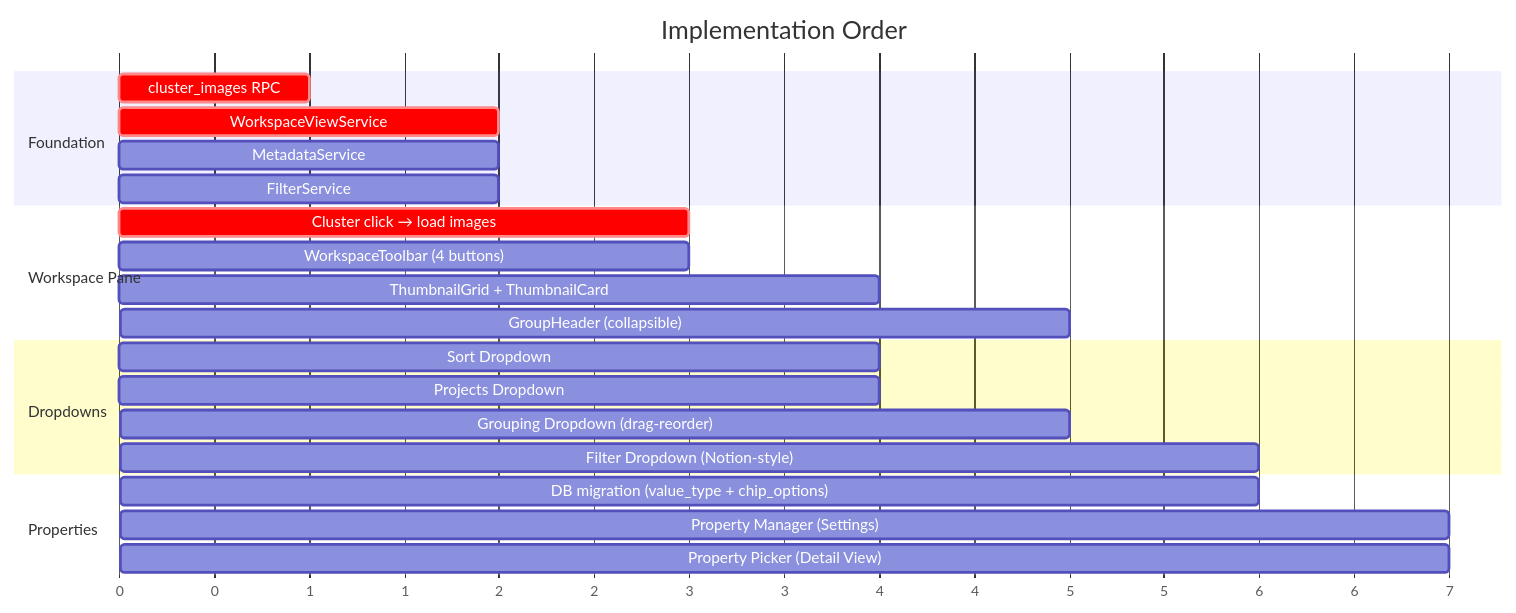
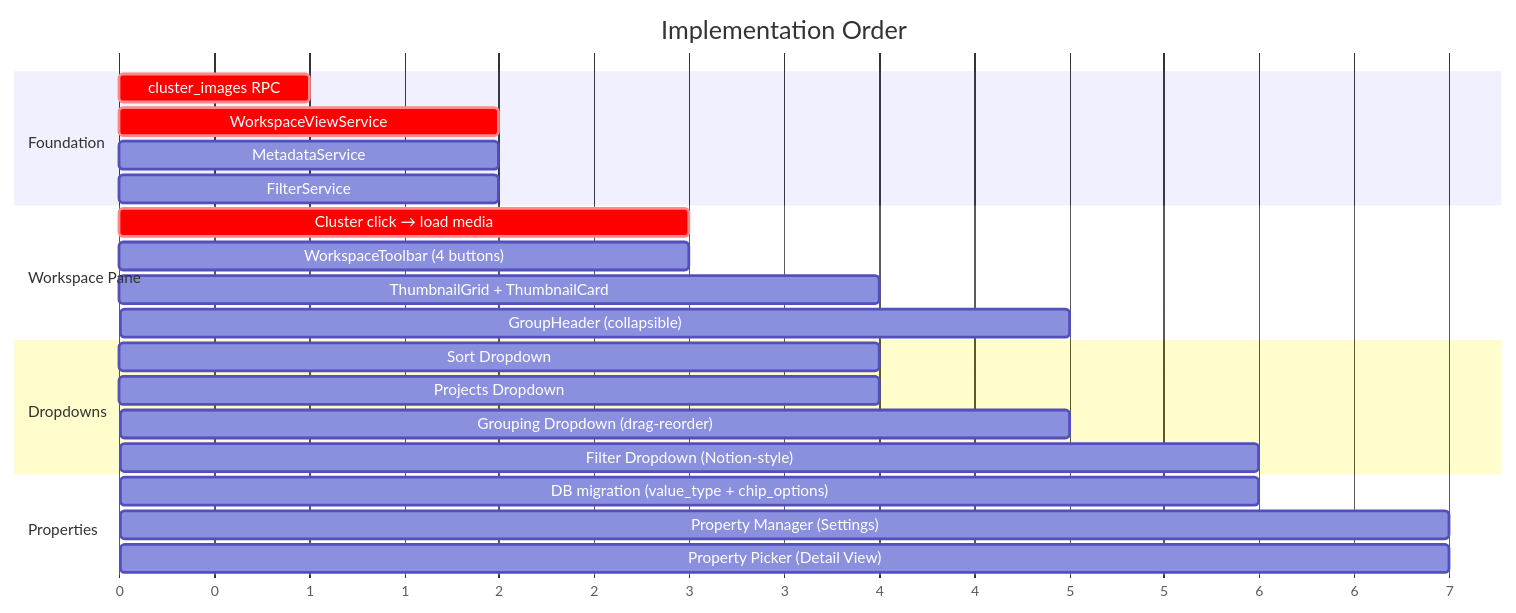
Before and after one commit to matkleve/feldpost: the seventh of 7 diagrams in docs/specs/service/workspace-view/workspace-view-system.md, drawn with Mermaid. The commit also changed other lines of this file and 26 other files, not shown here.

First line of the commit message:
refactor: update terminology from 'images' to 'media items' across documentation

````diff
--- a/docs/specs/service/workspace-view/workspace-view-system.md
+++ b/docs/specs/service/workspace-view/workspace-view-system.md
@@ -524,29 +491,29 @@
 ```mermaid
 gantt
     title Implementation Order
     dateFormat  X
     axisFormat %s
 
     section Foundation
     cluster_images RPC                :crit, a1, 0, 1
     WorkspaceViewService              :crit, a2, 1, 2
     MetadataService                   :a3, 1, 2
     FilterService                     :a4, 1, 2
 
     section Workspace Pane
-    Cluster click → load images       :crit, b1, 2, 3
+    Cluster click → load media        :crit, b1, 2, 3
     WorkspaceToolbar (4 buttons)      :b2, 2, 3
     ThumbnailGrid + ThumbnailCard     :b3, 3, 4
     GroupHeader (collapsible)          :b4, 4, 5
 
     section Dropdowns
     Sort Dropdown                     :c1, 3, 4
     Projects Dropdown                 :c2, 3, 4
     Grouping Dropdown (drag-reorder) :c3, 4, 5
     Filter Dropdown (Notion-style)    :c4, 5, 6
 
     section Properties
     DB migration (value_type + chip_options)  :d1, 5, 6
     Property Manager (Settings)        :d2, 6, 7
     Property Picker (Detail View)      :d3, 6, 7
 ```
````
